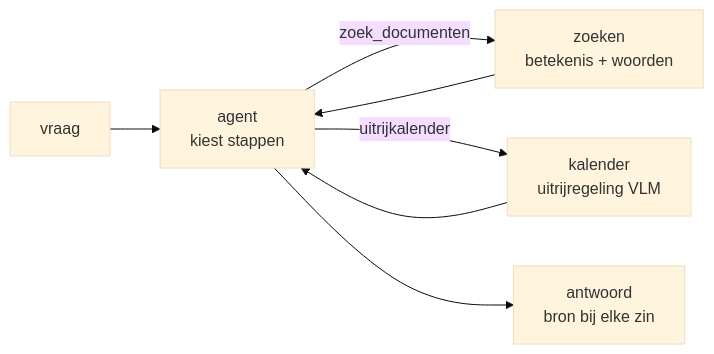
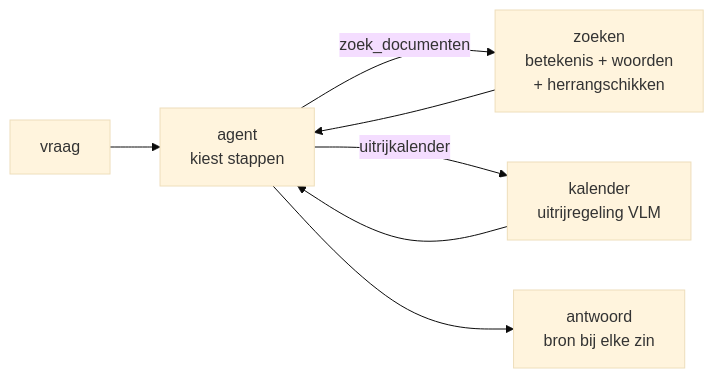
The diagram in README.md (tfiers/boergpt), drawn with Mermaid (base theme) before and after one commit. The commit also changed other lines of this file and 5 other files, not shown here.

````diff
--- a/README.md
+++ b/README.md
@@ -17,9 +17,9 @@
 ```mermaid
 flowchart LR
   V[vraag] --> A[agent<br/>kiest stappen]
-  A -->|zoek_documenten| Z[zoeken<br/>betekenis + woorden]
+  A -->|zoek_documenten| Z[zoeken<br/>betekenis + woorden<br/>+ herrangschikken]
   A -->|uitrijkalender| K[kalender<br/>uitrijregeling VLM]
   Z --> A
   K --> A
   A --> R[antwoord<br/>bron bij elke zin]
 ```
````
